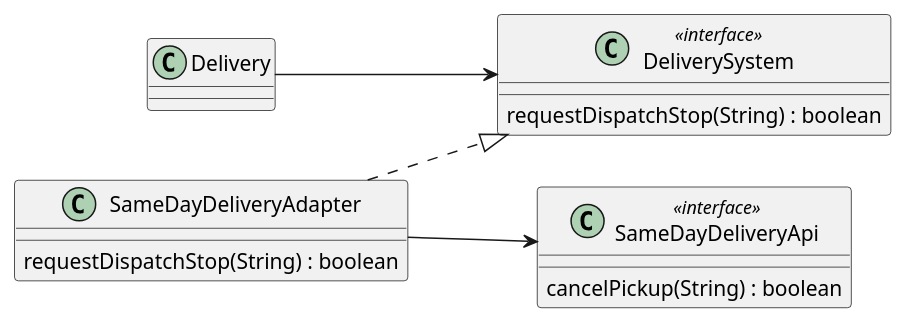
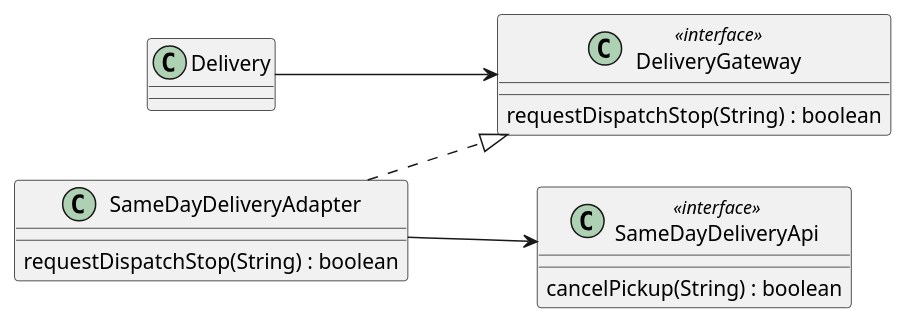
One commit to YoungSan77/TrainingMaterials changed the fourth of 9 diagrams in courses/ooad/sessions/s08.md. Above: the diagram before and after it, drawn with PlantUML. The commit also changed other lines of this file and 154 other files, not shown here.

````diff
--- a/courses/ooad/sessions/s08.md
+++ b/courses/ooad/sessions/s08.md
@@ -620,18 +620,18 @@
 ```plantuml:class
 @startuml
 left to right direction
 class "Delivery" as C
-class "DeliverySystem" as T <<interface>> {
+class "DeliveryGateway" as T <<interface>> {
   requestDispatchStop(String) : boolean
 }
 class "SameDayDeliveryAdapter" as A {
   requestDispatchStop(String) : boolean
 }
 class "SameDayDeliveryApi" as X <<interface>> {
   cancelPickup(String) : boolean
 }
 C --> T
 A ..|> T
 A --> X
 @enduml
 ```
````
